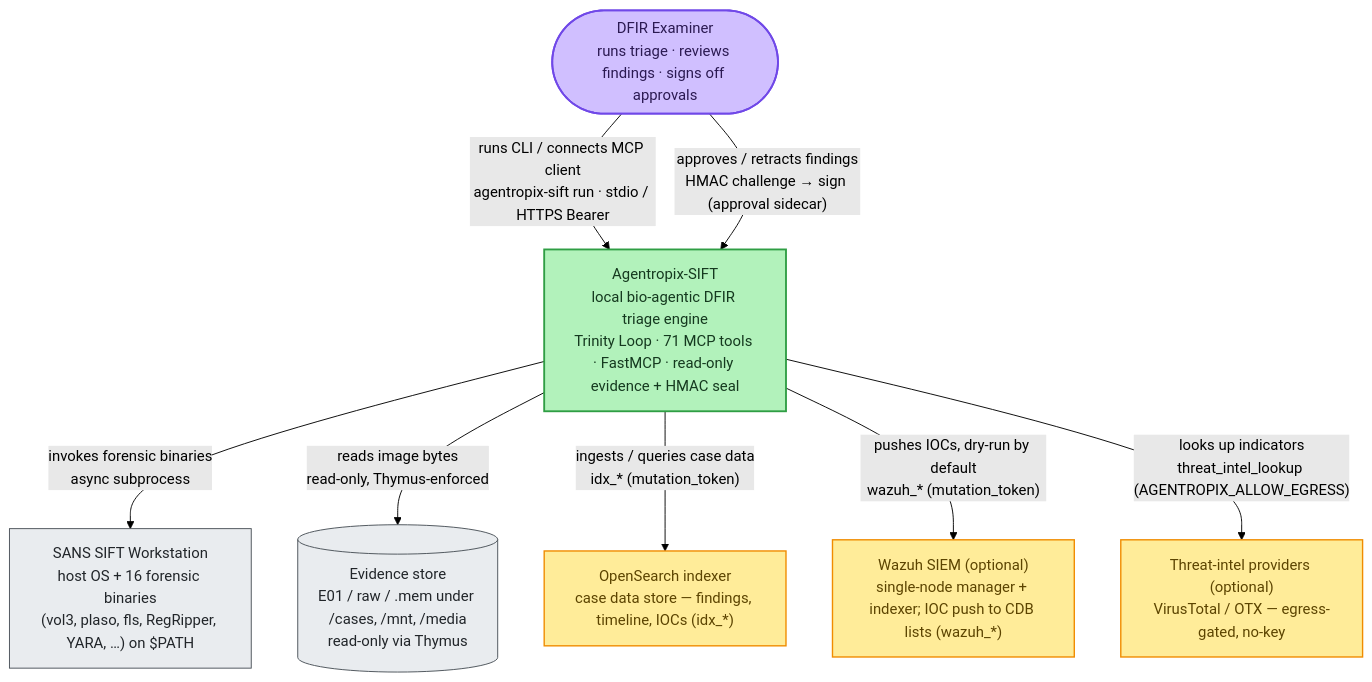
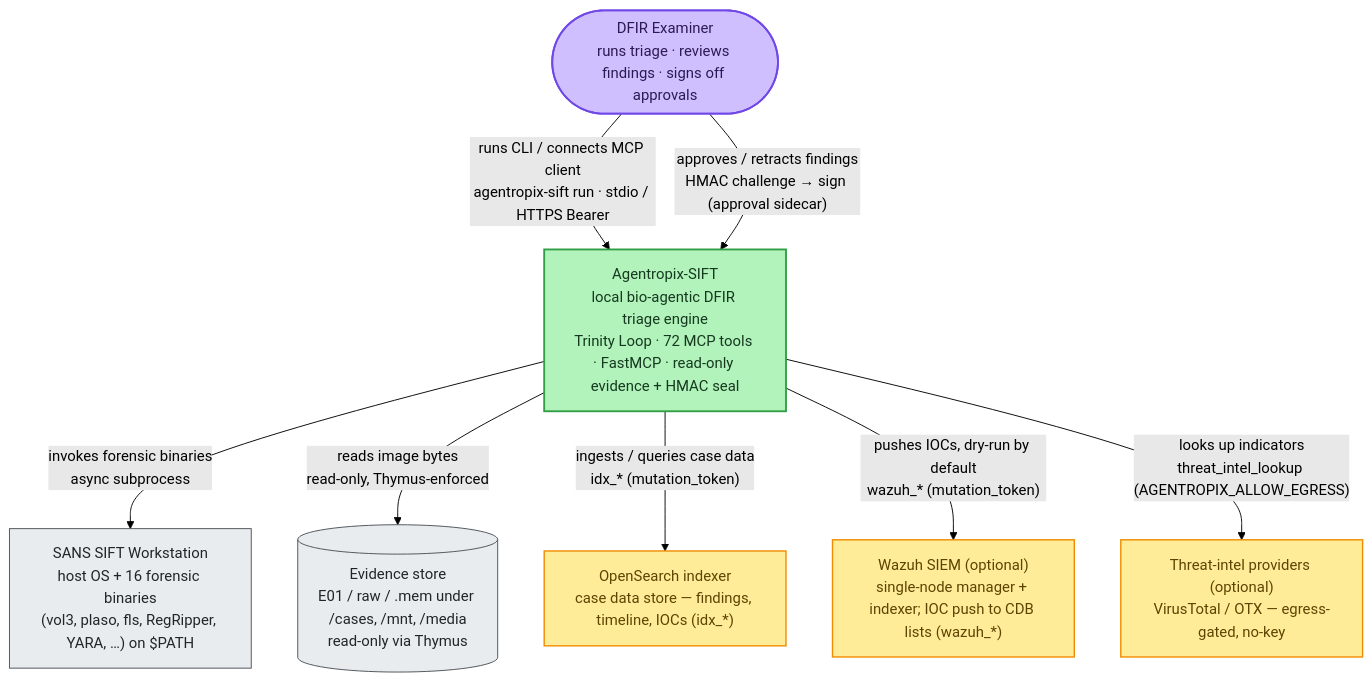
Before and after one commit to galvangabriel-web/agentropix-mcp: the first of 3 diagrams in docs/02-architecture/system-context-c4.md, drawn with Mermaid (forest theme). The commit also changed other lines of this file and 64 other files, not shown here.

````diff
--- a/docs/02-architecture/system-context-c4.md
+++ b/docs/02-architecture/system-context-c4.md
@@ -46,24 +46,24 @@
 ```mermaid
 flowchart TB
     classDef actor fill:#d0bfff,stroke:#7048e8,color:#2b1a52,stroke-width:2px
     classDef core fill:#b2f2bb,stroke:#2f9e44,color:#15391f,stroke-width:2px
     classDef ext fill:#e9ecef,stroke:#495057,color:#212529,stroke-width:1px
     classDef sink fill:#ffec99,stroke:#f08c00,color:#5c4400,stroke-width:1.5px
 
     Examiner(["DFIR Examiner<br/>runs triage · reviews findings · signs off approvals"]):::actor
-    Agentropix["Agentropix-SIFT<br/>local bio-agentic DFIR triage engine<br/>Trinity Loop · 71 MCP tools · FastMCP · read-only evidence + HMAC seal"]:::core
+    Agentropix["Agentropix-SIFT<br/>local bio-agentic DFIR triage engine<br/>Trinity Loop · 72 MCP tools · FastMCP · read-only evidence + HMAC seal"]:::core
 
     SIFT["SANS SIFT Workstation<br/>host OS + 16 forensic binaries<br/>(vol3, plaso, fls, RegRipper, YARA, …) on $PATH"]:::ext
     Evidence[("Evidence store<br/>E01 / raw / .mem under /cases, /mnt, /media<br/>read-only via Thymus")]:::ext
     OpenSearch["OpenSearch indexer<br/>case data store — findings, timeline, IOCs (idx_*)"]:::sink
     Wazuh["Wazuh SIEM (optional)<br/>single-node manager + indexer; IOC push to CDB lists (wazuh_*)"]:::sink
     Intel["Threat-intel providers (optional)<br/>VirusTotal / OTX — egress-gated, no-key"]:::sink
 
     Examiner -->|"runs CLI / connects MCP client<br/>agentropix-sift run · stdio / HTTPS Bearer"| Agentropix
     Examiner -->|"approves / retracts findings<br/>HMAC challenge → sign (approval sidecar)"| Agentropix
     Agentropix -->|"invokes forensic binaries<br/>async subprocess"| SIFT
     Agentropix -->|"reads image bytes<br/>read-only, Thymus-enforced"| Evidence
     Agentropix -->|"ingests / queries case data<br/>idx_* (mutation_token)"| OpenSearch
     Agentropix -->|"pushes IOCs, dry-run by default<br/>wazuh_* (mutation_token)"| Wazuh
     Agentropix -->|"looks up indicators<br/>threat_intel_lookup (AGENTROPIX_ALLOW_EGRESS)"| Intel
 ```
````
